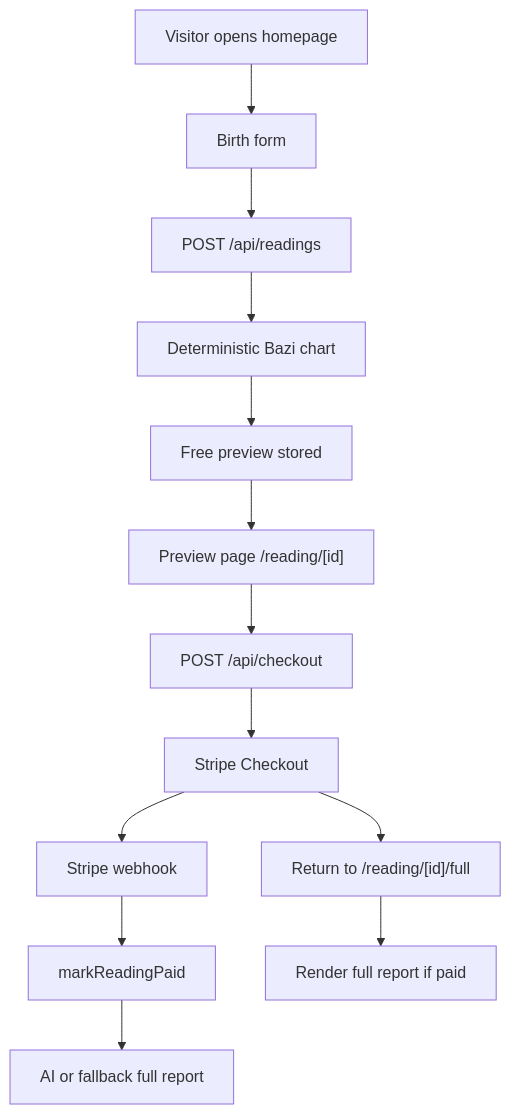
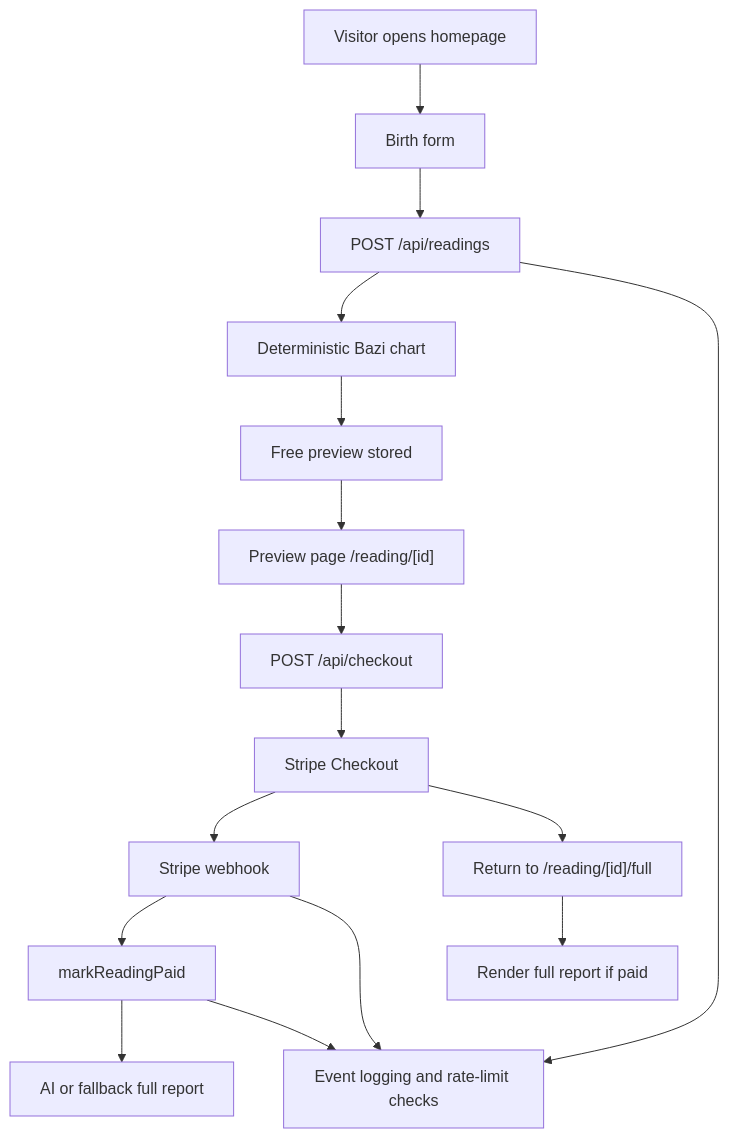
One commit to Mikanagitama/mingyi-bazi-mvp changed the first of 3 diagrams in mvp-bazi-web/memory-bank/architecture.md. Above: the diagram before and after it, drawn with Mermaid. The commit also changed other lines of this file and 14 other files, not shown here.

Commit message:
feat: add stability logging and rate limits

````diff
--- a/mvp-bazi-web/memory-bank/architecture.md
+++ b/mvp-bazi-web/memory-bank/architecture.md
@@ -9,15 +9,18 @@
 ```mermaid
 flowchart TD
   A["Visitor opens homepage"] --> B["Birth form"]
   B --> C["POST /api/readings"]
   C --> D["Deterministic Bazi chart"]
   D --> E["Free preview stored"]
   E --> F["Preview page /reading/[id]"]
   F --> G["POST /api/checkout"]
   G --> H["Stripe Checkout"]
   H --> I["Stripe webhook"]
   I --> J["markReadingPaid"]
   J --> K["AI or fallback full report"]
   H --> L["Return to /reading/[id]/full"]
   L --> M["Render full report if paid"]
+  C --> N["Event logging and rate-limit checks"]
+  I --> N
+  J --> N
 ```
````
